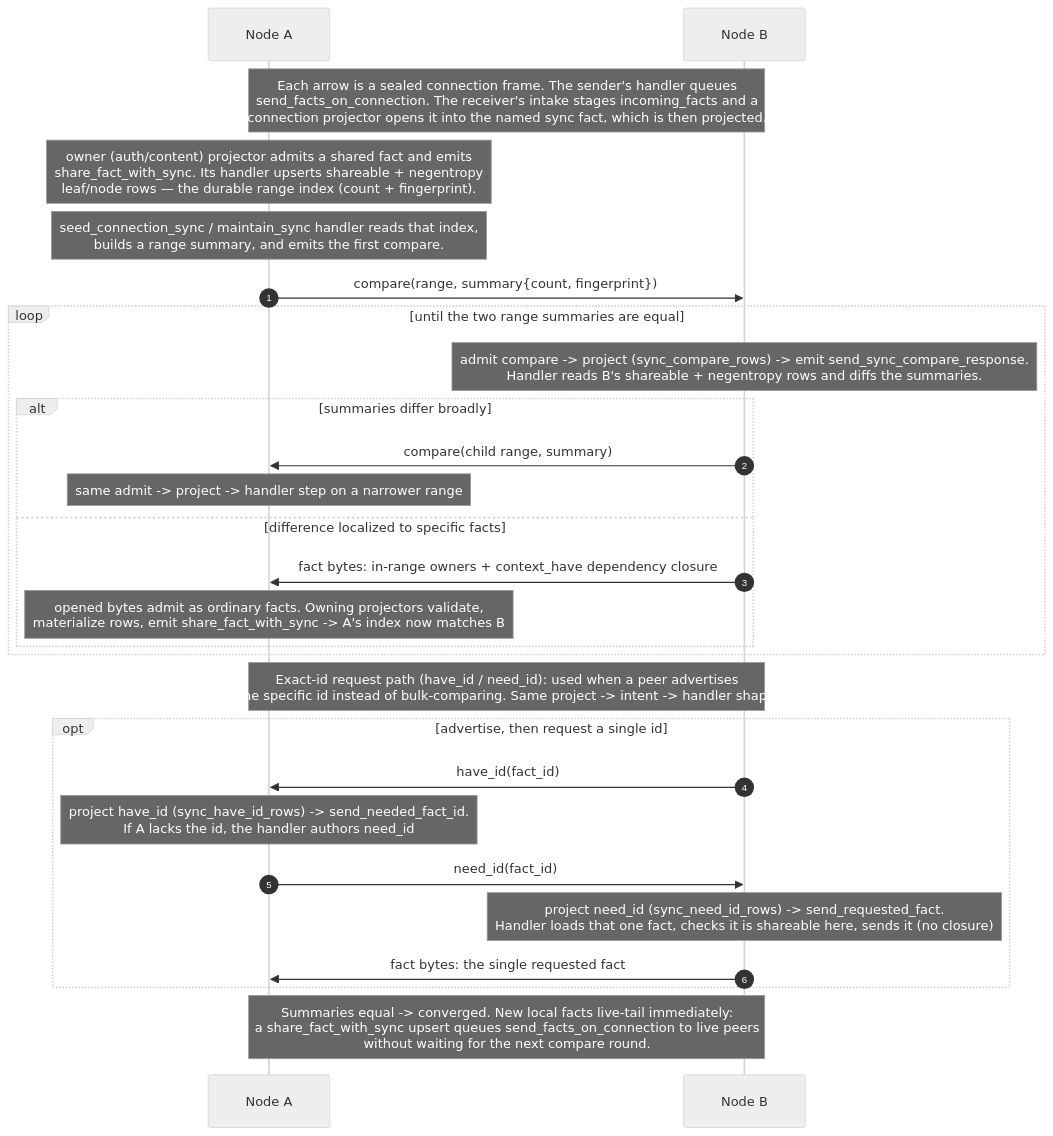
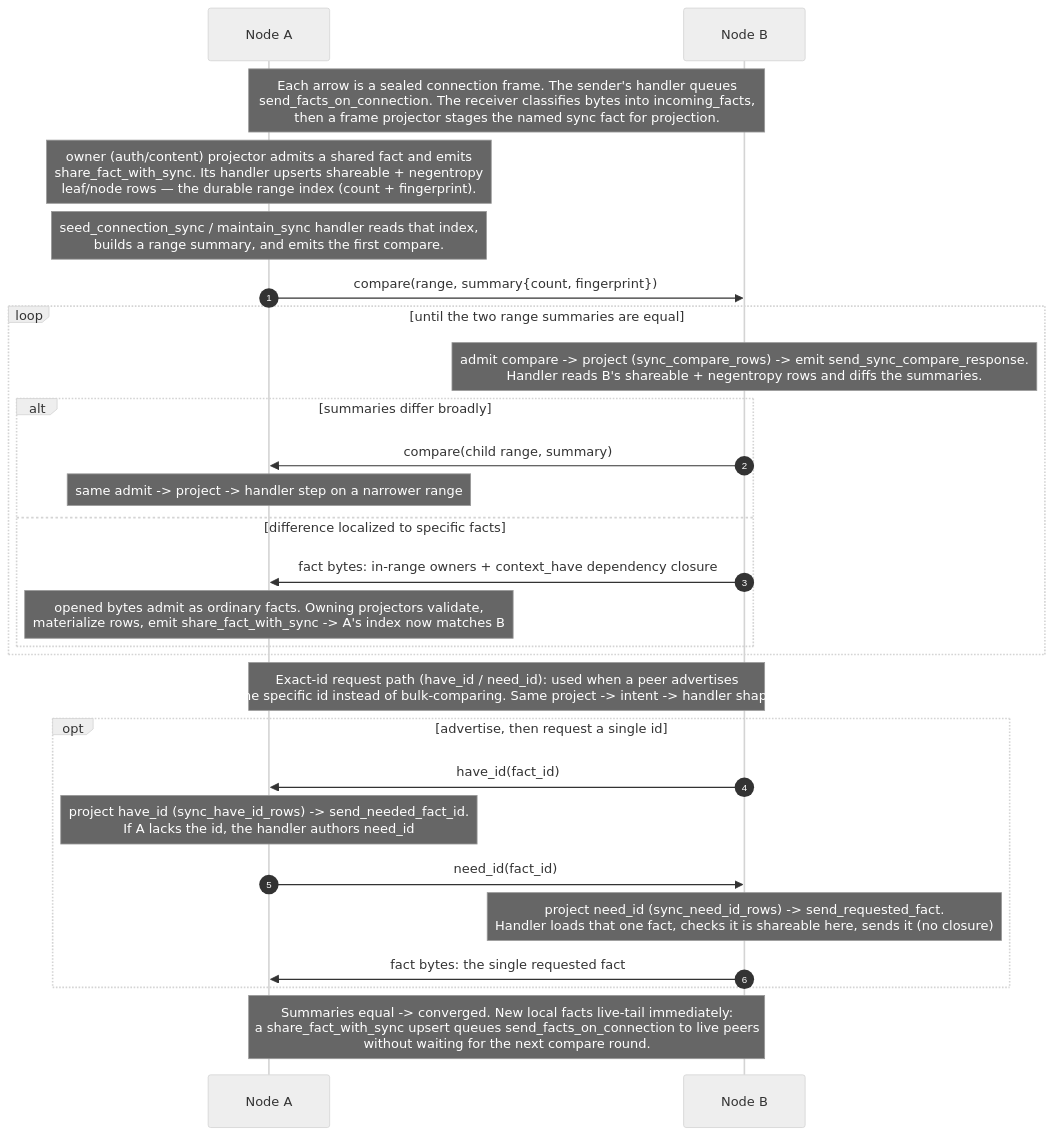
One commit to holmesworcester/poc-10 changed the ninth of 9 diagrams in ARCHITECTURE_DIAGRAMS.md. Above: the diagram before and after it, drawn with Mermaid (neutral theme). The commit also changed other lines of this file and 29 other files, not shown here.

````diff
--- a/ARCHITECTURE_DIAGRAMS.md
+++ b/ARCHITECTURE_DIAGRAMS.md
@@ -428,35 +431,35 @@
 ```mermaid
 sequenceDiagram
     autonumber
     participant A as Node A
     participant B as Node B
 
-    Note over A,B: Each arrow is a sealed connection frame. The sender's handler queues<br/>send_facts_on_connection. The receiver's intake stages incoming_facts and a<br/>connection projector opens it into the named sync fact, which is then projected.
+    Note over A,B: Each arrow is a sealed connection frame. The sender's handler queues<br/>send_facts_on_connection. The receiver classifies bytes into incoming_facts,<br/>then a frame projector stages the named sync fact for projection.
 
     Note over A: owner (auth/content) projector admits a shared fact and emits<br/>share_fact_with_sync. Its handler upserts shareable + negentropy<br/>leaf/node rows — the durable range index (count + fingerprint).
     Note over A: seed_connection_sync / maintain_sync handler reads that index,<br/>builds a range summary, and emits the first compare.
 
     A->>B: compare(range, summary{count, fingerprint})
 
     loop until the two range summaries are equal
         Note over B: admit compare -> project (sync_compare_rows) -> emit send_sync_compare_response.<br/>Handler reads B's shareable + negentropy rows and diffs the summaries.
         alt summaries differ broadly
             B->>A: compare(child range, summary)
             Note over A: same admit -> project -> handler step on a narrower range
         else difference localized to specific facts
             B->>A: fact bytes: in-range owners + context_have dependency closure
             Note over A: opened bytes admit as ordinary facts. Owning projectors validate,<br/>materialize rows, emit share_fact_with_sync -> A's index now matches B
         end
     end
 
     Note over A,B: Exact-id request path (have_id / need_id): used when a peer advertises<br/>one specific id instead of bulk-comparing. Same project -> intent -> handler shape.
     opt advertise, then request a single id
         B->>A: have_id(fact_id)
         Note over A: project have_id (sync_have_id_rows) -> send_needed_fact_id.<br/>If A lacks the id, the handler authors need_id
         A->>B: need_id(fact_id)
         Note over B: project need_id (sync_need_id_rows) -> send_requested_fact.<br/>Handler loads that one fact, checks it is shareable here, sends it (no closure)
         B->>A: fact bytes: the single requested fact
     end
 
     Note over A,B: Summaries equal -> converged. New local facts live-tail immediately:<br/>a share_fact_with_sync upsert queues send_facts_on_connection to live peers<br/>without waiting for the next compare round.
 ```
````
